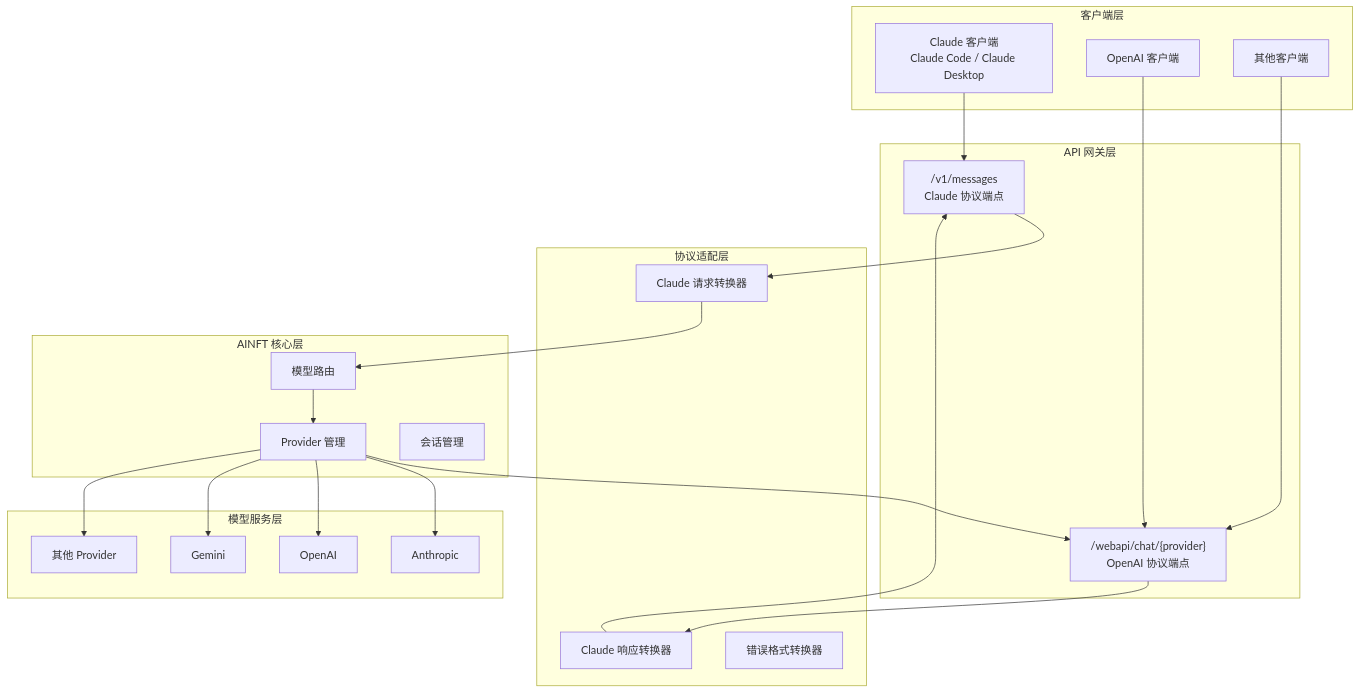
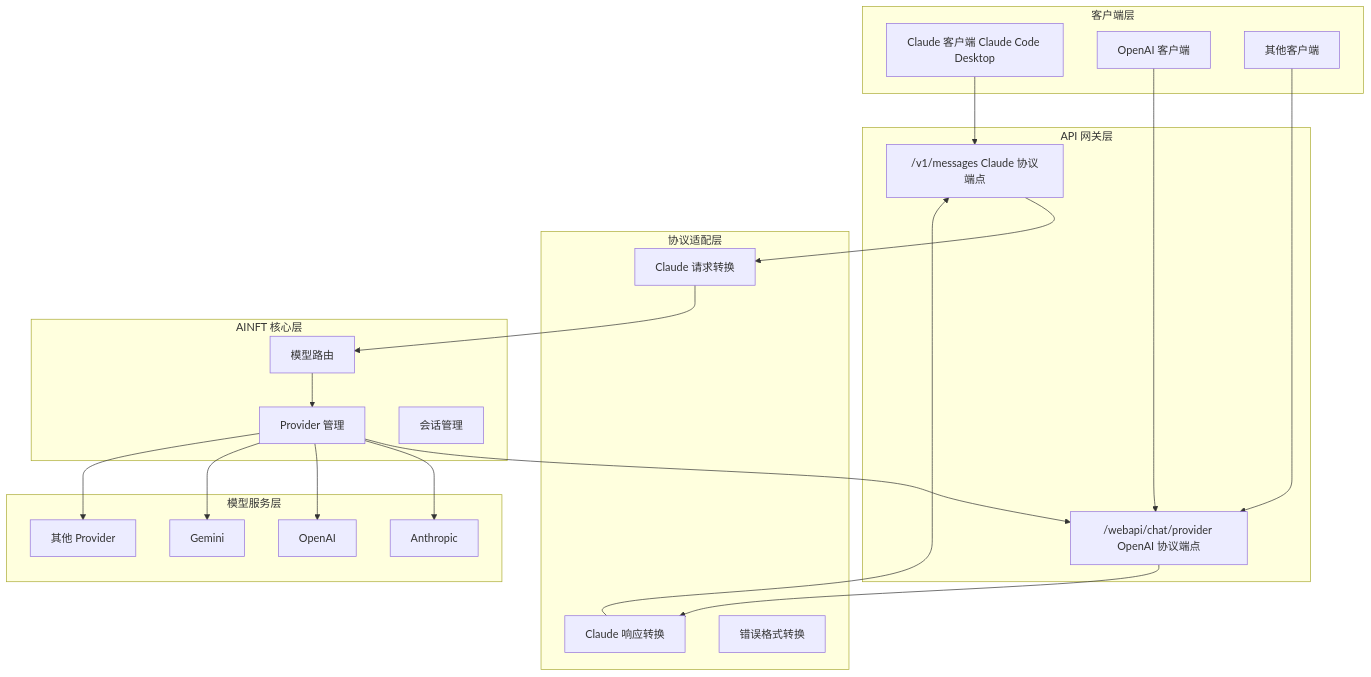
One commit to RudolphHuang/openclaw_doc changed the first of 17 diagrams in claudecode/技术方案.md. Above: the diagram before and after it, drawn with Mermaid. The commit also changed other lines of this file, not shown here.

````diff
--- a/claudecode/技术方案.md
+++ b/claudecode/技术方案.md
@@ -11,49 +11,49 @@
 ```mermaid
 graph TB
     subgraph "客户端层"
-        C1[Claude 客户端<br/>Claude Code / Claude Desktop]
+        C1[Claude 客户端 Claude Code Desktop]
         C2[OpenAI 客户端]
         C3[其他客户端]
     end
 
     subgraph "API 网关层"
-        R1["/v1/messages"<br/>Claude 协议端点]
-        R2["/webapi/chat/{provider}"<br/>OpenAI 协议端点]
+        R1["/v1/messages" Claude 协议端点]
+        R2["/webapi/chat/provider" OpenAI 协议端点]
     end
 
     subgraph "协议适配层"
-        A1[Claude 请求转换器]
-        A2[Claude 响应转换器]
-        A3[错误格式转换器]
+        A1[Claude 请求转换]
+        A2[Claude 响应转换]
+        A3[错误格式转换]
     end
 
     subgraph "AINFT 核心层"
         L1[模型路由]
         L2[Provider 管理]
         L3[会话管理]
     end
 
     subgraph "模型服务层"
         M1[Anthropic]
         M2[OpenAI]
         M3[Gemini]
         M4[其他 Provider]
     end
 
     C1 --> R1
     C2 --> R2
     C3 --> R2
     
     R1 --> A1
     A1 --> L1
     L1 --> L2
     L2 --> R2
     
     R2 --> A2
     A2 --> R1
     
     L2 --> M1
     L2 --> M2
     L2 --> M3
     L2 --> M4
 ```
````
